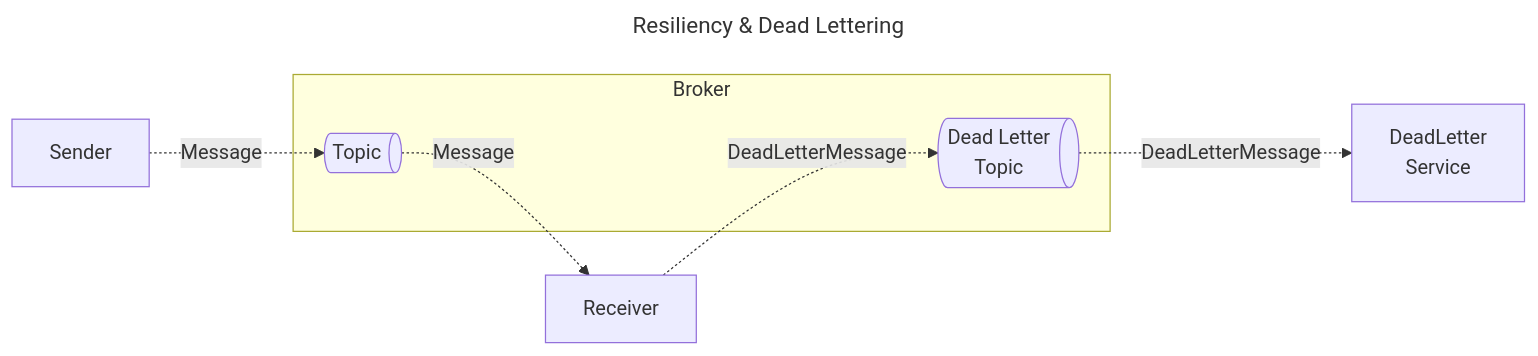
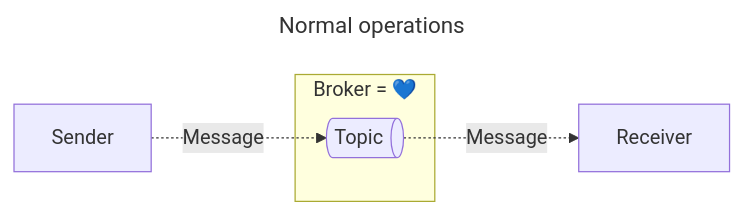
Before and after one commit to diagrid-labs/dapr-pub-sub-deep-dive: the first of 2 diagrams in .demo/slides/04-advanced/resiliency-diagrams.md, drawn with Mermaid. The commit also changed other lines of this file and 3 other files, not shown here.

Commit message:
Update flow

````diff
--- a/.demo/slides/04-advanced/resiliency-diagrams.md
+++ b/.demo/slides/04-advanced/resiliency-diagrams.md
@@ -6,20 +6,15 @@
 ```mermaid
 ---
-title: Resiliency & Dead Lettering
+title: Normal operations
 config:
   theme: light
 ---
 graph LR
     S[Sender]
-    subgraph Broker
+    subgraph "Broker = 💙"
         T@{ shape: das, label: "Topic" }
-        DLT@{ shape: das, label: "Dead Letter \nTopic" }
     end
     R[Receiver]
-    DLS[DeadLetter
-    Service]
     S -.->|Message| T
     T -.->|Message| R
-    R -.->|DeadLetterMessage| DLT
-    DLT -.->|DeadLetterMessage| DLS
 ```
````
